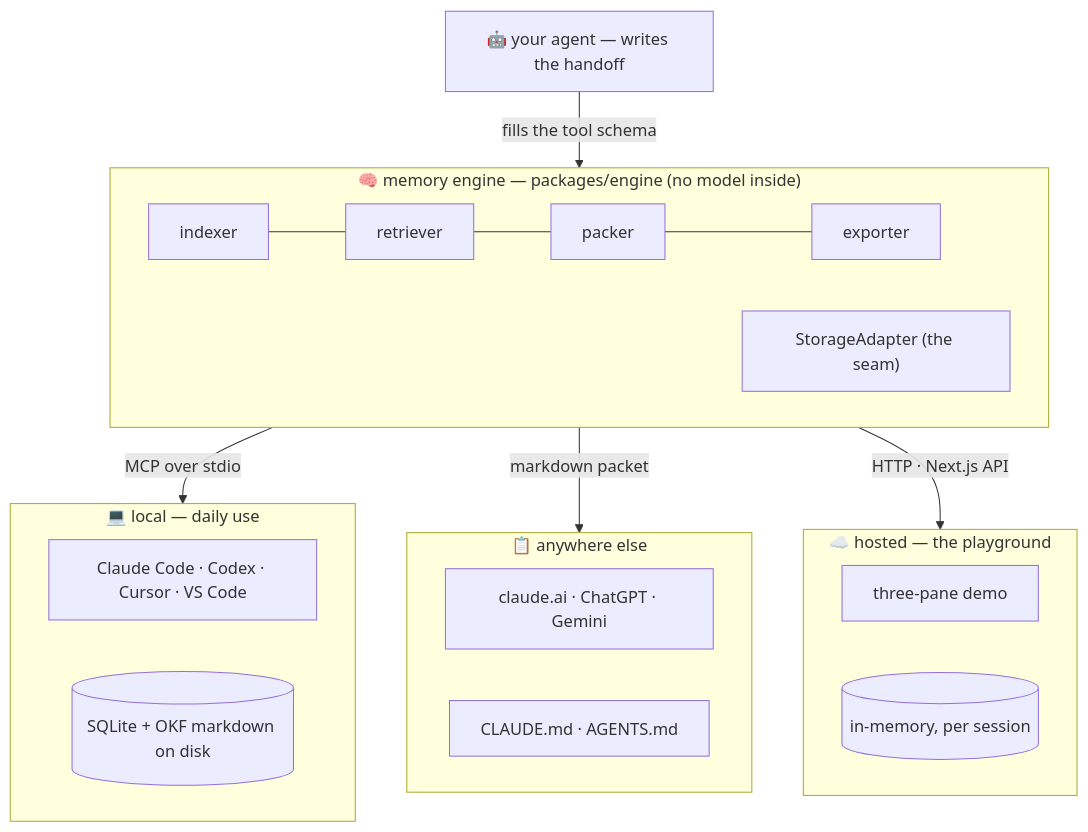
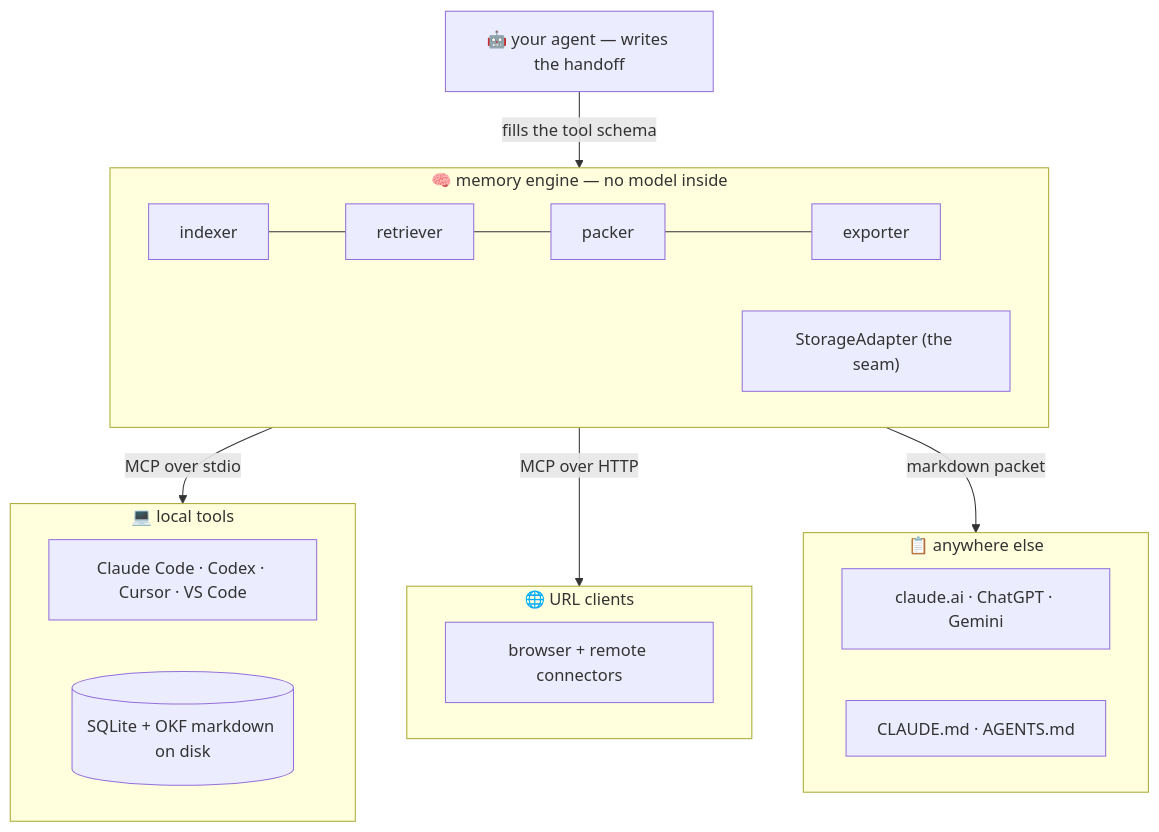
One commit to maskfool/ctxvault changed the diagram in README.md. Above: the diagram before and after it, drawn with Mermaid. The commit also changed other lines of this file and 4 other files, not shown here.

````diff
--- a/README.md
+++ b/README.md
@@ -358,29 +271,28 @@
 ```mermaid
 flowchart TD
     AG["🤖 your agent — writes the handoff"] -->|fills the tool schema| engine
 
-    subgraph engine["🧠 memory engine — packages/engine (no model inside)"]
+    subgraph engine["🧠 memory engine — no model inside"]
         direction LR
         I[indexer] --- R[retriever] --- P[packer] --- X[exporter]
         SA["StorageAdapter (the seam)"]
     end
 
     engine -->|MCP over stdio| LOCAL
+    engine -->|MCP over HTTP| REMOTE
     engine -->|markdown packet| PASTE
-    engine -->|HTTP · Next.js API| HOSTED
 
-    subgraph LOCAL["💻 local — daily use"]
+    subgraph LOCAL["💻 local tools"]
         L1[Claude Code · Codex · Cursor · VS Code]
         L2[(SQLite + OKF markdown on disk)]
+    end
+
+    subgraph REMOTE["🌐 URL clients"]
+        R1[browser + remote connectors]
     end
 
     subgraph PASTE["📋 anywhere else"]
         X1[claude.ai · ChatGPT · Gemini]
         X2[CLAUDE.md · AGENTS.md]
     end
-
-    subgraph HOSTED["☁️ hosted — the playground"]
-        H1[three-pane demo]
-        H2[(in-memory, per session)]
-    end
 ```
````
